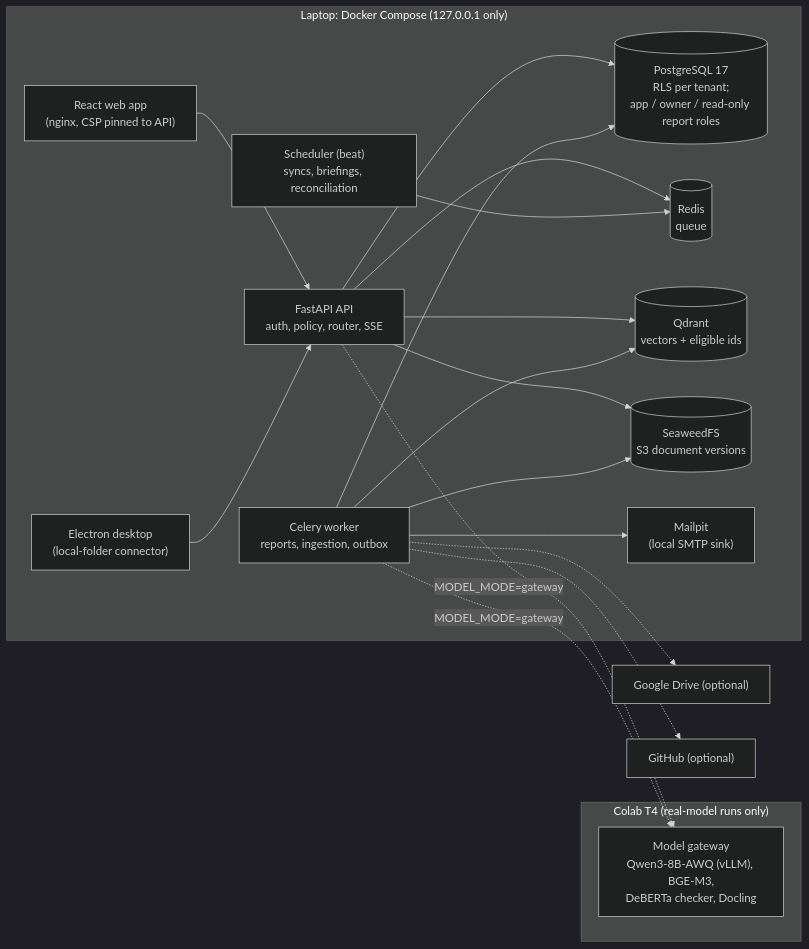
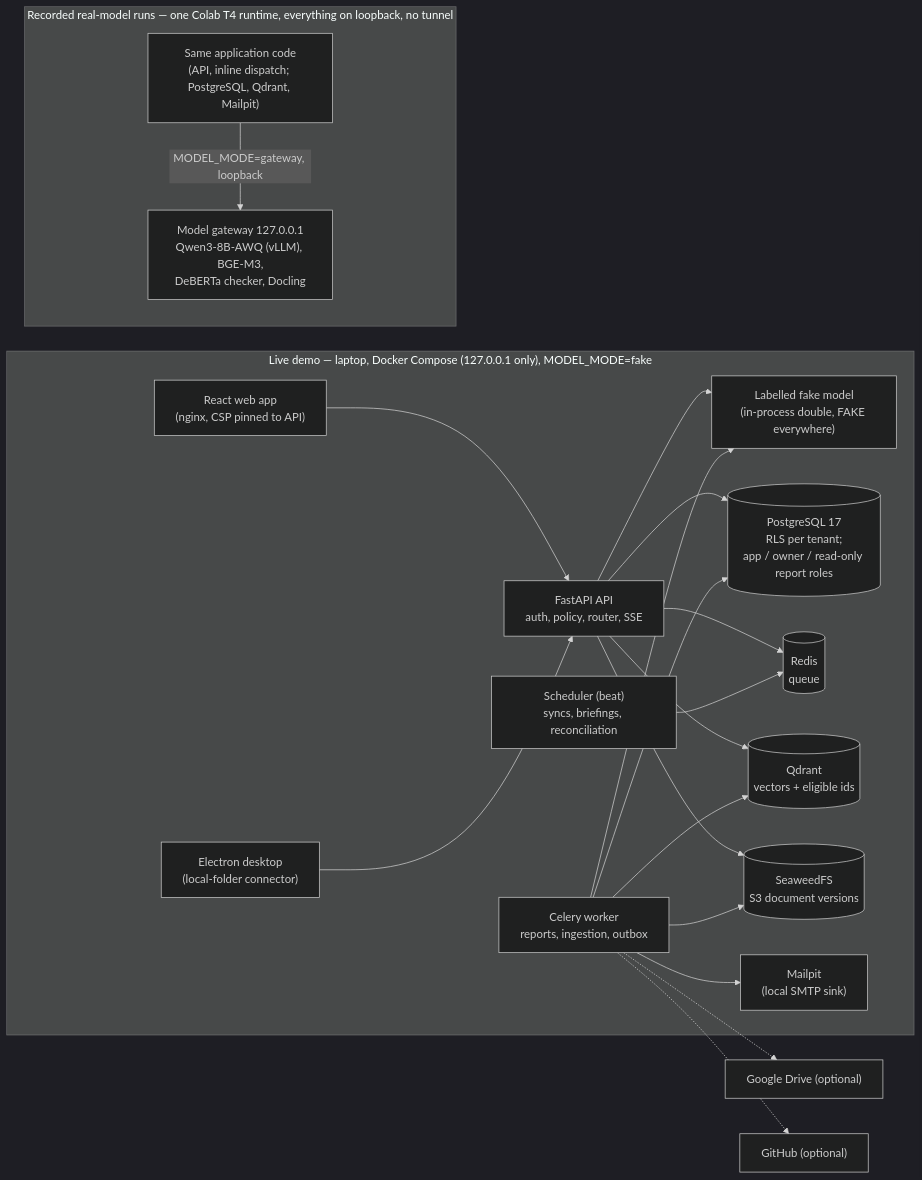
The diagram in docs/defense/architecture-and-evidence.md (youssefhatembahig6-alt/Enterprise-AI-OS), drawn with Mermaid (dark theme) before and after one commit. The commit also changed other lines of this file and 2 other files, not shown here.

Commit message:
M8 defense docs: Path A order, required teammate rehearsal, refusal and loopback wording
- Path A runs init-env before check-project (every other wrapper command
  refuses without var/m7-acceptance/.env); the preflight stays before up.
- The teammate clean-checkout rehearsal is required to finish M8 (roadmap
  exit criterion), not optional.
- m3_demo.py capture is recorded as completed; its exit code does not prove
  the refusal, which was verified separately (rehearsal row 1.3).
- Architecture diagram separates the live laptop stack (fake model) from the
  recorded Colab runs, which used loopback inside one Colab runtime.

Recorded results unchanged. Docs only.

````diff
--- a/docs/defense/architecture-and-evidence.md
+++ b/docs/defense/architecture-and-evidence.md
@@ -5,28 +5,31 @@
 ```mermaid
 flowchart LR
-  subgraph Laptop["Laptop: Docker Compose (127.0.0.1 only)"]
+  subgraph Laptop["Live demo — laptop, Docker Compose (127.0.0.1 only), MODEL_MODE=fake"]
     Web["React web app<br/>(nginx, CSP pinned to API)"]
     Desk["Electron desktop<br/>(local-folder connector)"]
     API["FastAPI API<br/>auth, policy, router, SSE"]
+    Fake["Labelled fake model<br/>(in-process double, FAKE everywhere)"]
     Worker["Celery worker<br/>reports, ingestion, outbox"]
     Beat["Scheduler (beat)<br/>syncs, briefings, reconciliation"]
     PG[("PostgreSQL 17<br/>RLS per tenant;<br/>app / owner / read-only report roles")]
     Redis[("Redis<br/>queue")]
     Qdrant[("Qdrant<br/>vectors + eligible ids")]
     S3[("SeaweedFS<br/>S3 document versions")]
     Mail["Mailpit<br/>(local SMTP sink)"]
   end
-  subgraph Colab["Colab T4 (real-model runs only)"]
-    GW["Model gateway<br/>Qwen3-8B-AWQ (vLLM), BGE-M3,<br/>DeBERTa checker, Docling"]
+  subgraph Colab["Recorded real-model runs — one Colab T4 runtime, everything on loopback, no tunnel"]
+    CAPI["Same application code<br/>(API, inline dispatch; PostgreSQL, Qdrant, Mailpit)"]
+    GW["Model gateway 127.0.0.1<br/>Qwen3-8B-AWQ (vLLM), BGE-M3,<br/>DeBERTa checker, Docling"]
+    CAPI -- "MODEL_MODE=gateway, loopback" --> GW
   end
   Drive["Google Drive (optional)"]
   GH["GitHub (optional)"]
   Web --> API
   Desk --> API
   API --> PG & Redis & Qdrant & S3
+  API --> Fake
+  Worker --> Fake
   Worker --> PG & Qdrant & S3 & Mail
   Beat --> Redis
-  API -. "MODEL_MODE=gateway" .-> GW
-  Worker -. "MODEL_MODE=gateway" .-> GW
   Worker -.-> Drive & GH
 ```
````
